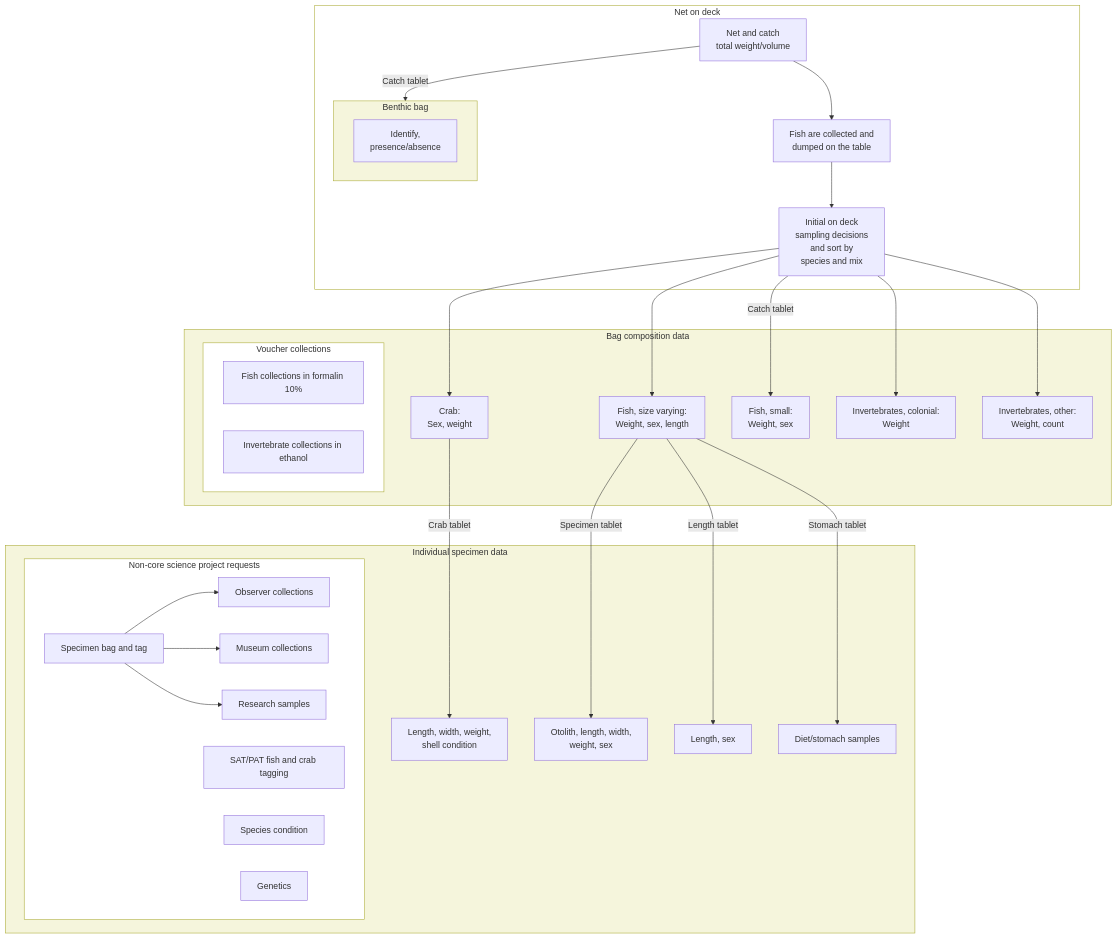
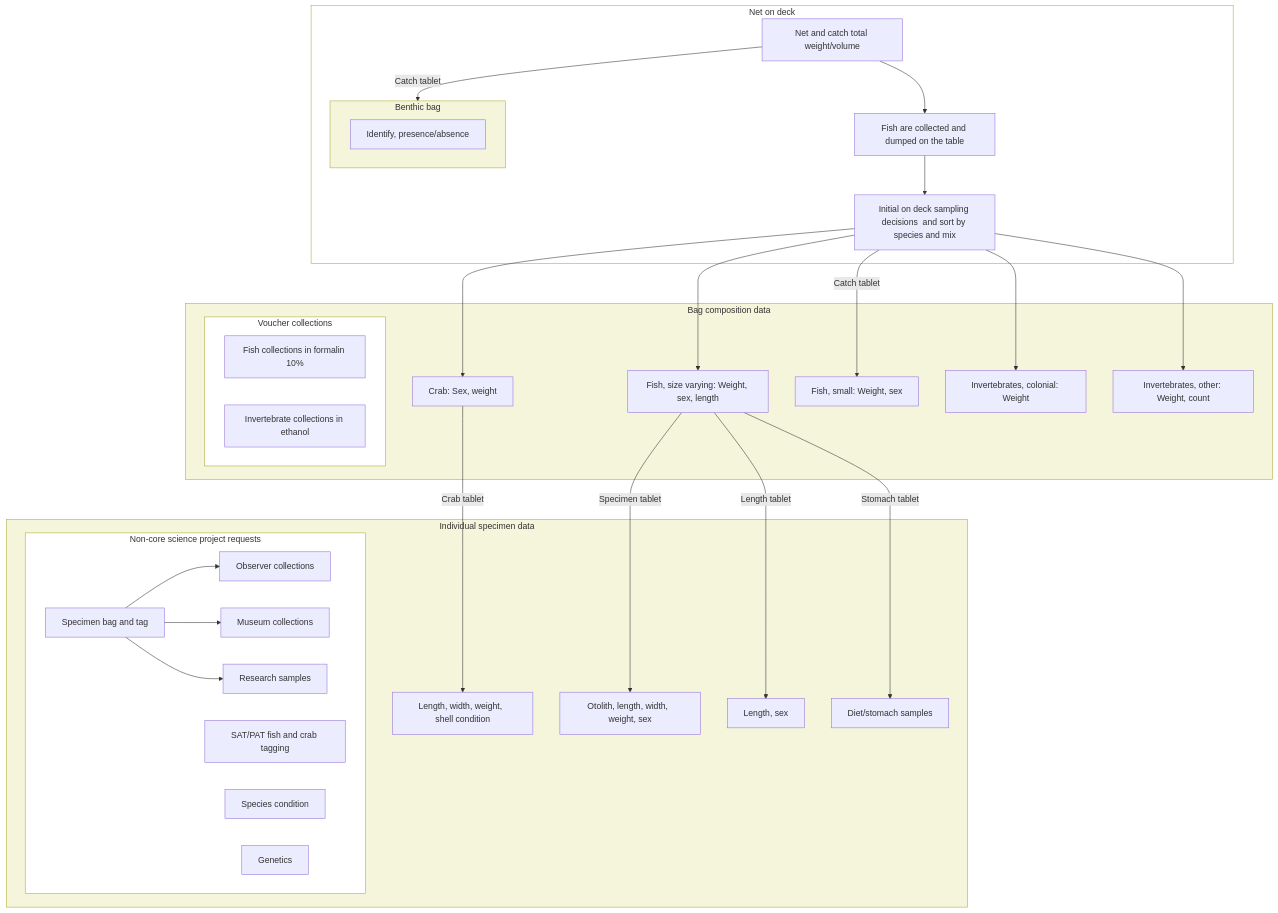
The first of 3 diagrams in content/intro-workflow.qmd (afsc-gap-products/gap_products), drawn with Mermaid before and after one commit. The commit also changed other lines of this file and 98 other files, not shown here.

Commit message:
fixed a reference.bib entry and added info on how to rerun docs to the readme and fixed typos in mermaid plots in the surveybackground qmd

````diff
--- a/content/intro-workflow.qmd
+++ b/content/intro-workflow.qmd
@@ -65,66 +65,66 @@
 ```{mermaid}
 %%| label: fig-deck-bio-workflow
 %%| fig-cap: "Simplified boat deck processing workflow."
 
 flowchart 
-A1[Net and catch\ntotal weight/volume] --> A2
+A1[Net and catch total weight/volume] --> A2
 A1 --> |Catch tablet|BB
-A2[Fish are collected and\ndumped on the table] --> A3[Initial on deck\nsampling decisions\n and sort by\nspecies and mix]
+A2[Fish are collected and dumped on the table] --> A3[Initial on deck sampling decisions  and sort by species and mix]
 P1[Specimen bag and tag] --> P5[Observer collections]
 P1 --> P6[Museum collections]
 P1 --> P7[Research samples]
 P2[SAT/PAT fish and crab tagging]
 P3[Species condition]
 P4[Genetics]
-A3 --> C1[Crab:\nSex, weight]
-A3 --> C2[Fish, size varying:\nWeight, sex, length]
-A3 --> |Catch tablet|C3[Fish, small:\nWeight, sex]
-A3 --> C4[Invertebrates, colonial:\nWeight]
-A3 --> C5[Invertebrates, other:\nWeight, count]
-C1 --> |Crab tablet|S1[Length, width, weight, \nshell condition]
-C2 --> |Specimen tablet|S2[Otolith, length, width, \nweight, sex]
+A3 --> C1[Crab: Sex, weight]
+A3 --> C2[Fish, size varying: Weight, sex, length]
+A3 --> |Catch tablet|C3[Fish, small: Weight, sex]
+A3 --> C4[Invertebrates, colonial: Weight]
+A3 --> C5[Invertebrates, other: Weight, count]
+C1 --> |Crab tablet|S1[Length, width, weight,  shell condition]
+C2 --> |Specimen tablet|S2[Otolith, length, width,  weight, sex]
 C2 --> |Length tablet|S3[Length, sex]
 C2 --> |Stomach tablet|S4[Diet/stomach samples]
 V1[Fish collections in formalin 10%]
 V2[Invertebrate collections in ethanol]
 subgraph AA[Net on deck]
 A1
 A2
 A3
 subgraph BB[Benthic bag]
-B[Identify,\npresence/absence]
+B[Identify, presence/absence]
 end
 end
 subgraph CC[Bag composition data]
 C1
 C2
 C3
 C4
 C5
 subgraph VV[Voucher collections]
 V1
 V2
 end
 end
 subgraph SS[Individual specimen data]
 S1
 S2
 S3
 S4
 subgraph PP[Non-core science project requests]
 P1
 P2
 P3
 P4
 P5
 P6
 P7
 end
 end
 style AA fill:white,::
 style SS fill:beige,::
 style BB fill:beige,::
 style CC fill:beige,::
 style PP fill:white,::
 style VV fill:white,::
 ```
````
